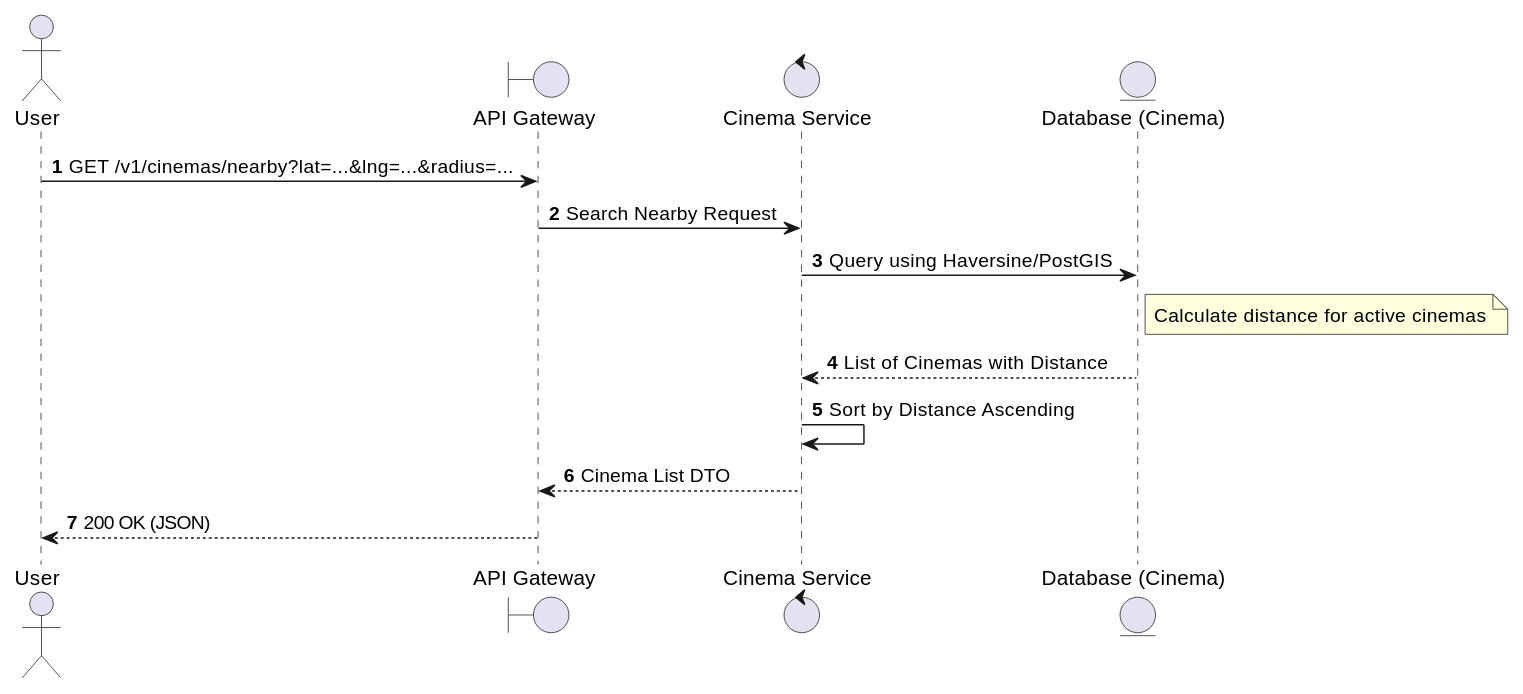
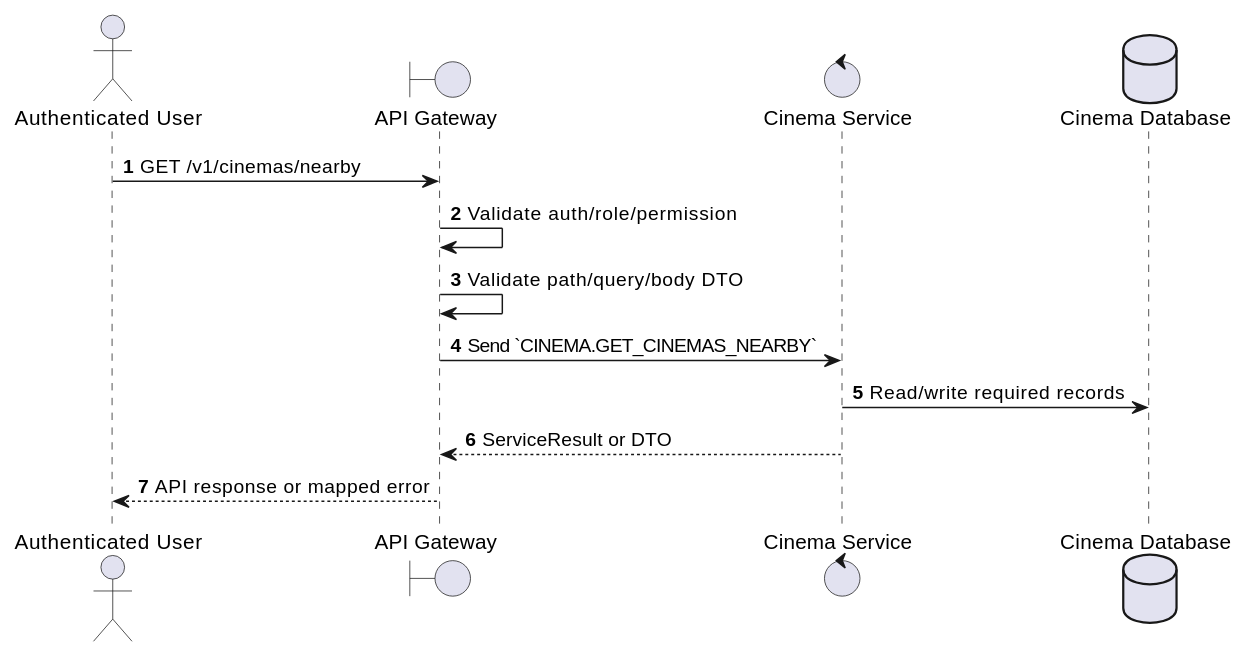
The first of 2 diagrams in docs/functional_specs/3.2.1_Cinema_Management/CM-06_Search_Cinemas_Nearby.md (Tanh1603/movie-hub-architecture), drawn with PlantUML before and after one commit. The commit also changed other lines of this file and 126 other files, not shown here.

````diff
--- a/docs/functional_specs/3.2.1_Cinema_Management/CM-06_Search_Cinemas_Nearby.md
+++ b/docs/functional_specs/3.2.1_Cinema_Management/CM-06_Search_Cinemas_Nearby.md
@@ -17,18 +17,17 @@
 ```plantuml
 @startuml
 autonumber
-actor User
+actor "Authenticated User" as Actor
 boundary "API Gateway" as GW
-control "Cinema Service" as CS
-entity "Database (Cinema)" as DB
+control "Cinema Service" as SVC
+database "Cinema Database" as DB
 
-User -> GW: GET /v1/cinemas/nearby?lat=...&lng=...&radius=...
-GW -> CS: Search Nearby Request
-CS -> DB: Query using Haversine/PostGIS
-note right of DB: Calculate distance for active cinemas
-DB --> CS: List of Cinemas with Distance
-CS -> CS: Sort by Distance Ascending
-CS --> GW: Cinema List DTO
-GW --> User: 200 OK (JSON)
+Actor -> GW: GET /v1/cinemas/nearby
+GW -> GW: Validate auth/role/permission
+GW -> GW: Validate path/query/body DTO
+GW -> SVC: Send `CINEMA.GET_CINEMAS_NEARBY`
+SVC -> DB: Read/write required records
+SVC --> GW: ServiceResult or DTO
+GW --> Actor: API response or mapped error
 @enduml
 ```
````
